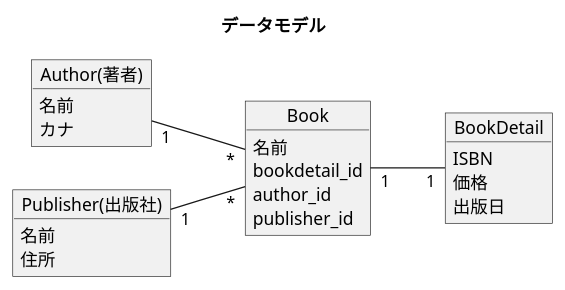
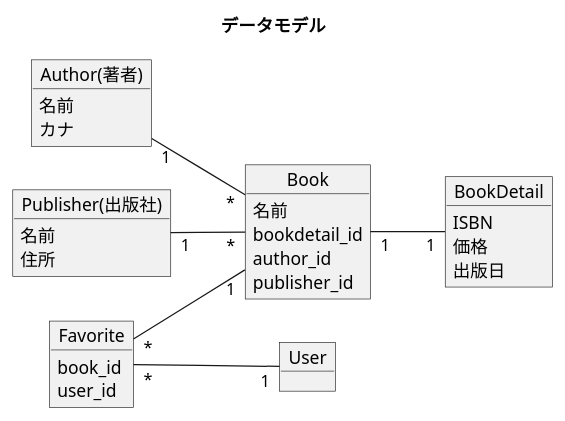
Before and after one commit to iamapen/laravel5study02: the diagram in docs/dataModel.puml, drawn with PlantUML. The commit also changed 1 other file, not shown here.

```diff
--- a/docs/dataModel.puml
+++ b/docs/dataModel.puml
@@ -1,26 +1,31 @@
 @startuml
 title データモデル
 left to right direction
 
 
 object "Author(著者)" as Author
 Author : 名前
 Author : カナ
 object Book
 Book : 名前
 Book : bookdetail_id
 Book : author_id
 Book : publisher_id
 object BookDetail
 BookDetail : ISBN
 BookDetail : 価格
 BookDetail : 出版日
 object "Publisher(出版社)" as Publisher
 Publisher : 名前
 Publisher : 住所
+object User
+object Favorite
+Favorite : book_id
+Favorite : user_id
 
 Book "1"--"1" BookDetail
 Publisher "1"--"*" Book
 Author "1"--"*" Book
-
+Favorite "*"--"1" User
+Favorite "*"--"1" Book
 @enduml
```
